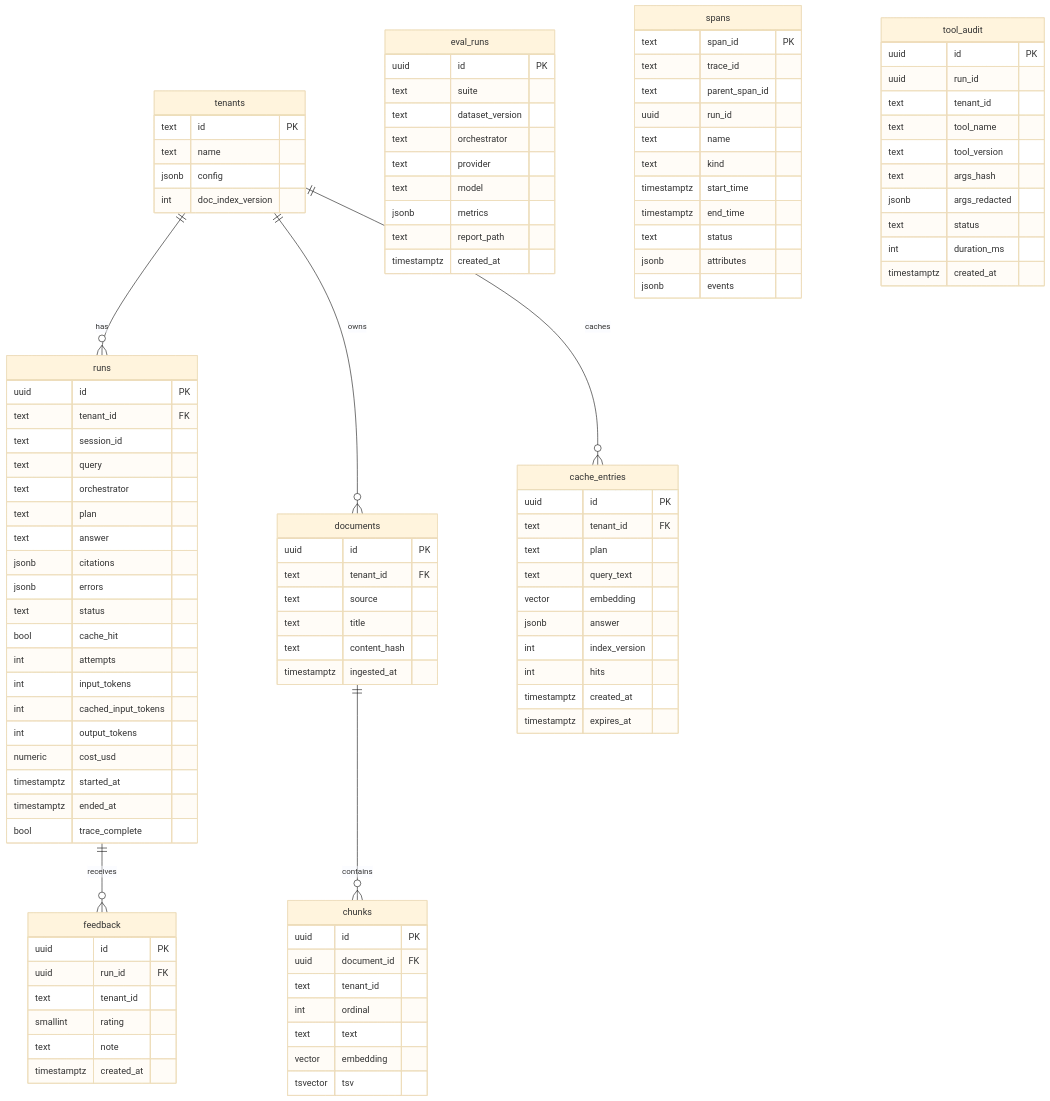
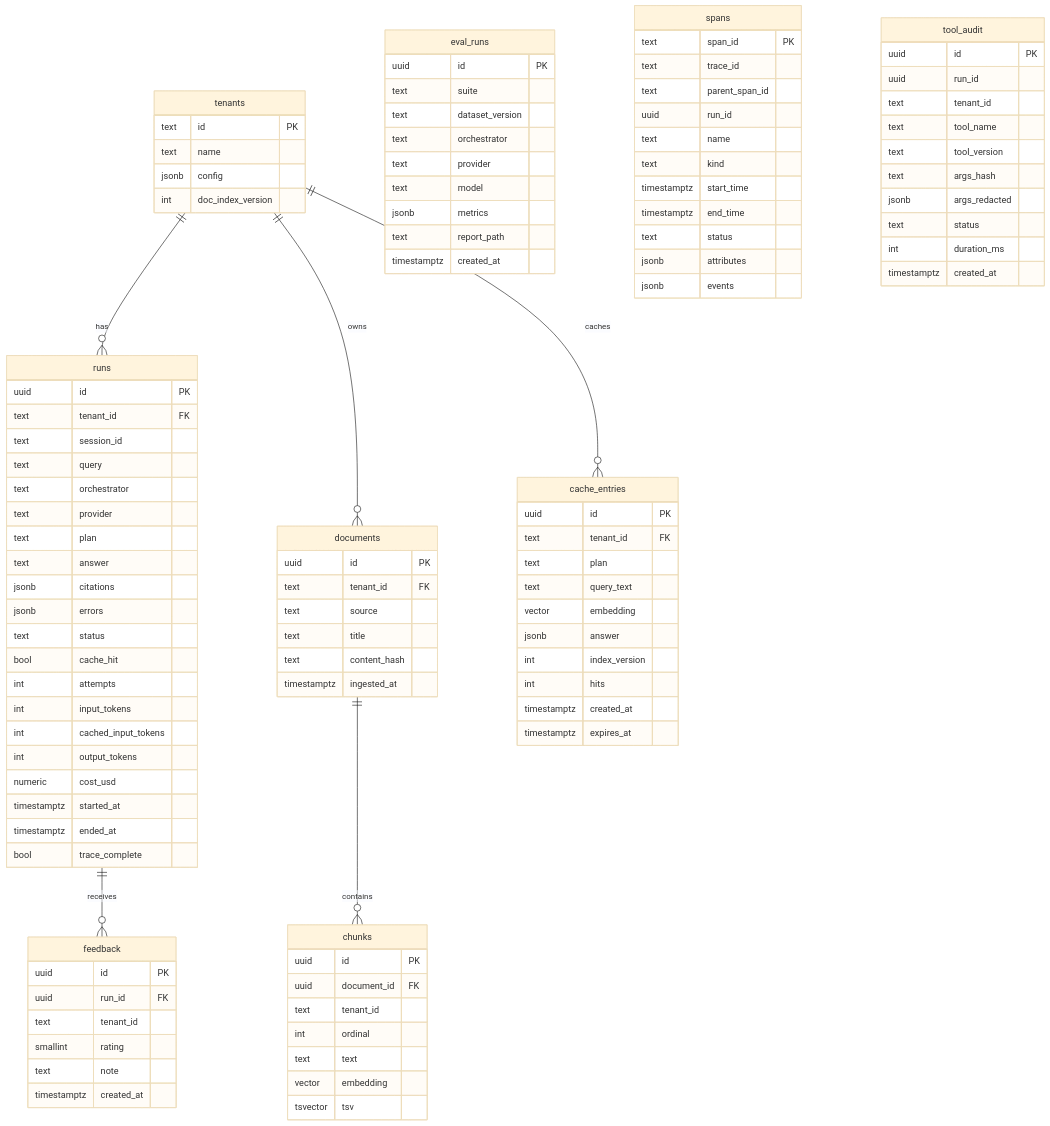
The fourth of 4 diagrams in docs/spec/design.md (z27833009/switchboard), drawn with Mermaid (base theme) before and after one commit. The commit also changed other lines of this file and 30 other files, not shown here.

```diff
--- a/docs/spec/design.md
+++ b/docs/spec/design.md
@@ -831,6 +839,7 @@
     text session_id
     text query
     text orchestrator
+    text provider
     text plan
     text answer
     jsonb citations
```
